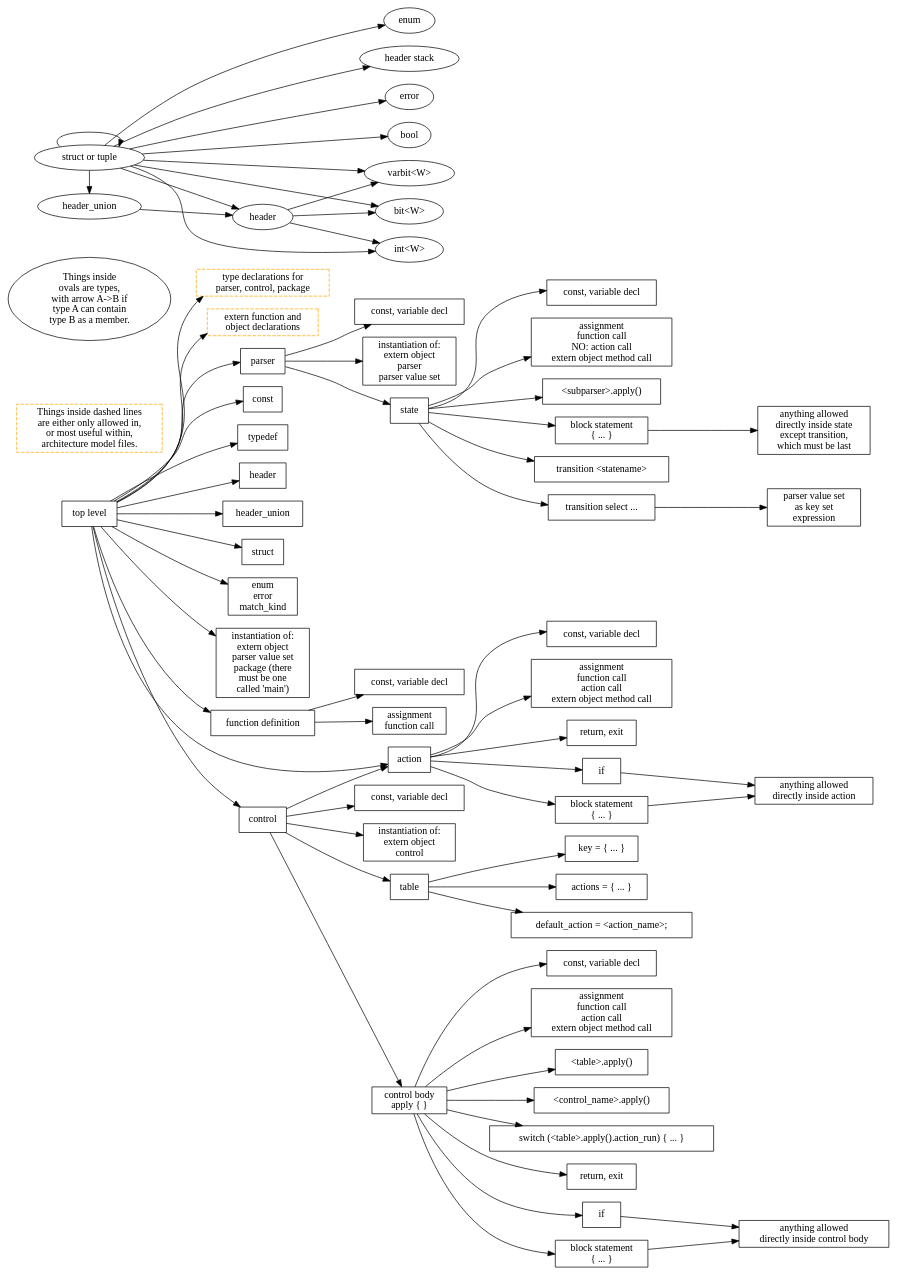
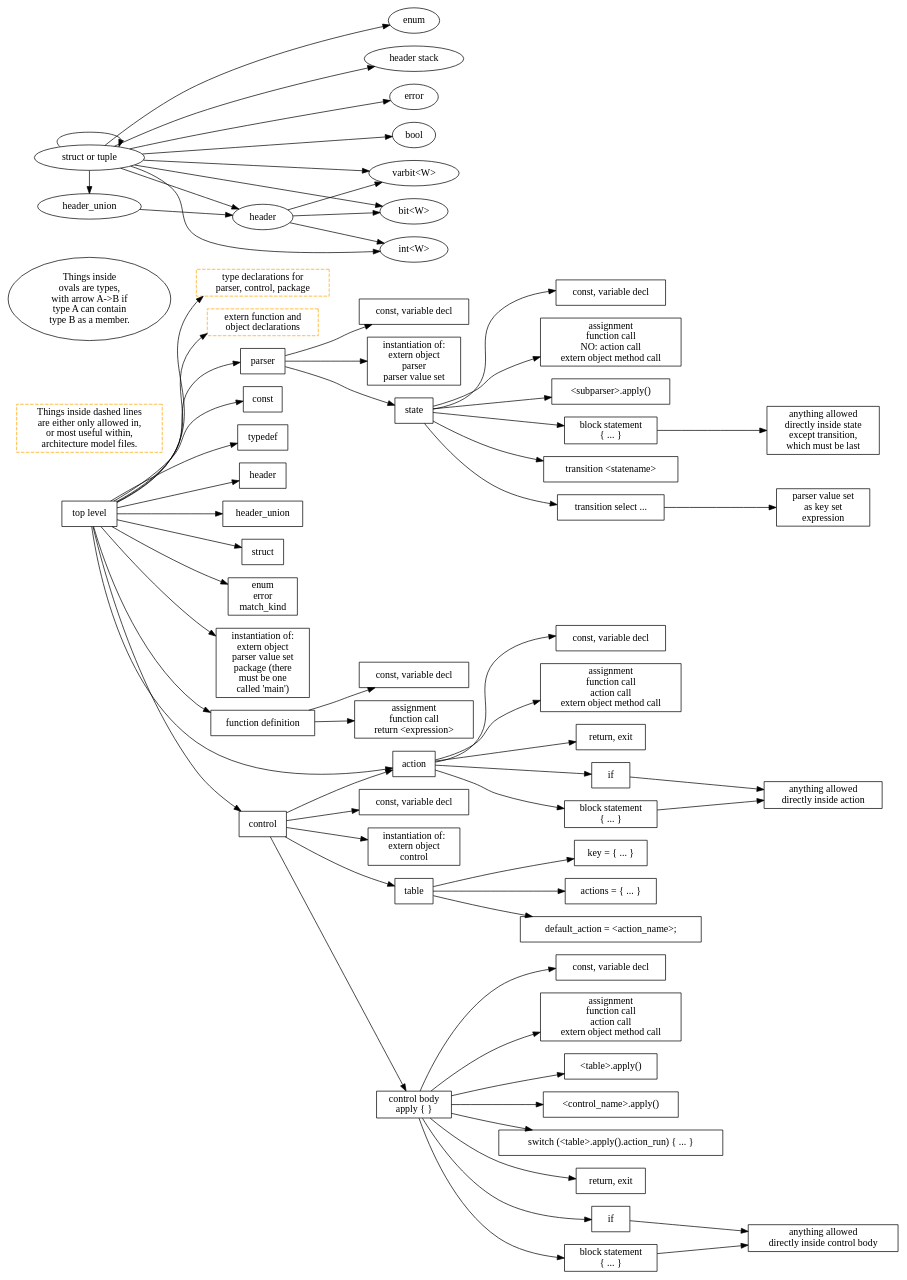
One commit to jafingerhut/p4-guide changed the diagram in p4-16-allowed-constructs.dot. Above: the diagram before and after it, drawn with Graphviz. The commit also changed 3 other files, not shown here.

Commit message:
Add 'return <expression>' explicitly as supported inside function definitions

```diff
--- a/p4-16-allowed-constructs.dot
+++ b/p4-16-allowed-constructs.dot
@@ -1,164 +1,164 @@
 digraph p4_16_allowed_construct_nesting {
 
     node [shape=box];
     rankdir=LR;
     
     toplevel [label="top level"];
     legend_bold_orange_box [label="Things inside dashed lines\nare either only allowed in,\nor most useful within,\narchitecture model files." style=dashed color=orange];
 
     toplevel -> typeDeclaration;
     typeDeclaration [label="type declarations for\nparser, control, package" style=dashed color=orange];
     toplevel -> externDeclaration;
     externDeclaration [label="extern function and\n object declarations" style=dashed color=orange];
     toplevel -> parserDeclaration;
     parserDeclaration [label="parser"];
     toplevel -> constantDeclaration1;
     constantDeclaration1 [label="const"];
     toplevel -> typedefDeclaration;
     typedefDeclaration [label="typedef"];
     toplevel -> headerTypeDeclaration;
     headerTypeDeclaration [label="header"];
     toplevel -> headerUnionDeclaration;
     headerUnionDeclaration [label="header_union"];
     toplevel -> structTypeDeclaration;
     structTypeDeclaration [label="struct"];
     toplevel -> enumErrorMatchKindDeclaration;
     enumErrorMatchKindDeclaration [label="enum\nerror\nmatch_kind"];
     toplevel -> Instantiation;
     Instantiation [label="instantiation of:\nextern object\nparser value set\npackage (there\nmust be one\ncalled 'main')"];
     toplevel -> functionDefinition;
     functionDefinition [label="function definition"];
     toplevel -> actionDeclaration;
     actionDeclaration [label="action"];
     toplevel -> controlDeclaration;
     controlDeclaration [label="control"];
 
     // this is 'parser <name> (<parameters>) { ... }'
     parserDeclaration -> constantOrVariableDeclaration2;
     constantOrVariableDeclaration2 [label="const, variable decl"];
     parserDeclaration -> Instantiation2;
     Instantiation2 [label="instantiation of:\nextern object\nparser\nparser value set"];
     parserDeclaration -> parserState;
 
     parserState [label="state"];
     parserState -> constantOrVariableDeclaration3;
     constantOrVariableDeclaration3 [label="const, variable decl"];
     parserState -> assignmentActionMethodCallStatement3;
     assignmentActionMethodCallStatement3 [label="assignment\nfunction call\nNO: action call\nextern object method call"];
     parserState -> parserApplyCallStatement3;
     parserApplyCallStatement3 [label="<subparser>.apply()"];
     parserState -> blockStatement3;
     blockStatement3 [label="block statement\n{ ... }"];
     blockStatement3 -> blockStatementInParserState;
     blockStatementInParserState [label="anything allowed\ndirectly inside state\nexcept transition,\nwhich must be last"];
     parserState -> transitionStatement1;
     parserState -> transitionStatement2;
     transitionStatement1 [label="transition <statename>"];
     transitionStatement2 [label="transition select ..."];
     transitionStatement2 -> parserValueSetCall;
     parserValueSetCall [label="parser value set\nas key set\nexpression"];
 
     controlDeclaration -> constantOrVariableDeclaration4;
     constantOrVariableDeclaration4 [label="const, variable decl"];
     controlDeclaration -> Instantiation4;
     Instantiation4 [label="instantiation of:\nextern object\ncontrol"];
     controlDeclaration -> actionDeclaration;
     controlDeclaration -> tableDeclaration;
     controlDeclaration -> controlBody;
     controlBody [label="control body\napply { }"];
 
     tableDeclaration [label="table"];
     tableDeclaration -> tablePropertyKey;
     tablePropertyKey [label="key = { ... }"];
     tableDeclaration -> tablePropertyActions;
     tablePropertyActions [label="actions = { ... }"];
     tableDeclaration -> tablePropertyDefaultAction;
     tablePropertyDefaultAction [label="default_action = <action_name>;"];
 
     functionDefinition -> constantOrVariableDeclaration7;
     constantOrVariableDeclaration7 [label="const, variable decl"];
     functionDefinition -> assignmentFunctionCallStatement1;
-    assignmentFunctionCallStatement1 [label="assignment\nfunction call"];
+    assignmentFunctionCallStatement1 [label="assignment\nfunction call\nreturn <expression>"];
 
     actionDeclaration -> constantOrVariableDeclaration5;
     constantOrVariableDeclaration5 [label="const, variable decl"];
     actionDeclaration -> assignmentActionMethodCallStatement5;
     assignmentActionMethodCallStatement5 [label="assignment\nfunction call\naction call\nextern object method call"];
     actionDeclaration -> returnOrExitStatement5;
     returnOrExitStatement5 [label="return, exit"];
     actionDeclaration -> conditionalStatement5;
     conditionalStatement5 [label="if"];
     conditionalStatement5 -> blockStatementInActionDeclaration;
     actionDeclaration -> blockStatement5;
     blockStatement5 [label="block statement\n{ ... }"];
     blockStatement5 -> blockStatementInActionDeclaration;
     blockStatementInActionDeclaration [label="anything allowed\ndirectly inside action"];
 
     // I am making up actionCallStatement.  It might most closely
     // correspond in P4_16 grammar to assignmentOrMethodCallStatement.
     //actionCallStatement
 
     controlBody -> constantOrVariableDeclaration6;
     constantOrVariableDeclaration6 [label="const, variable decl"];
     controlBody -> assignmentActionMethodCallStatement6;
     assignmentActionMethodCallStatement6 [label="assignment\nfunction call\naction call\nextern object method call"];
     controlBody -> tableApplyCall6;
     tableApplyCall6 [label="<table>.apply()"];
     controlBody -> controlCallStatement6;
     controlCallStatement6 [label="<control_name>.apply()"];
     controlBody -> switchStatement6;
     switchStatement6 [label="switch (<table>.apply().action_run) { ... }"];
     controlBody -> returnOrExitStatement6;
     returnOrExitStatement6 [label="return, exit"];
     controlBody -> conditionalStatement6;
     conditionalStatement6 [label="if"];
     conditionalStatement6 -> blockStatementInControlBody;
     controlBody -> blockStatement6;
     blockStatement6 [label="block statement\n{ ... }"];
     blockStatement6 -> blockStatementInControlBody;
     blockStatementInControlBody [label="anything allowed\ndirectly inside control body"];
 
 
     legend_oval [label="Things inside\novals are types,\nwith arrow A->B if\ntype A can contain\ntype B as a member." shape=oval];
 
     {
     rank=same;
     containerStructOrTuple [shape=oval label="struct or tuple"];
     //containerStruct [shape=oval label="struct"];
     //containerTuple [shape=oval label="tuple"];
     containerHeaderUnion [shape=oval label="header_union"];
     }
 
     {
     rank=same;
     containerHeader [shape=oval label="header"];
     }
 
     {
     rank=same;
     elementBitW [shape=oval label="bit<W>"];
     elementIntW [shape=oval label="int<W>"];
     elementVarbitW [shape=oval label="varbit<W>"];
     elementError [shape=oval label="error"];
     elementBool [shape=oval label="bool"];
     elementEnum [shape=oval label="enum"];
     elementHeaderStack [shape=oval label="header stack"];
     }
 
     containerHeader -> elementBitW;
     containerHeader -> elementIntW;
     containerHeader -> elementVarbitW;
 
     containerHeaderUnion -> containerHeader;
 
     containerStructOrTuple -> elementBitW;
     containerStructOrTuple -> elementIntW;
     containerStructOrTuple -> elementVarbitW;
     containerStructOrTuple -> elementError;
     containerStructOrTuple -> elementBool;
     containerStructOrTuple -> elementEnum;
     containerStructOrTuple -> containerHeader;
     containerStructOrTuple -> containerHeaderUnion;
     containerStructOrTuple -> elementHeaderStack;
     containerStructOrTuple -> containerStructOrTuple;
 }
```
